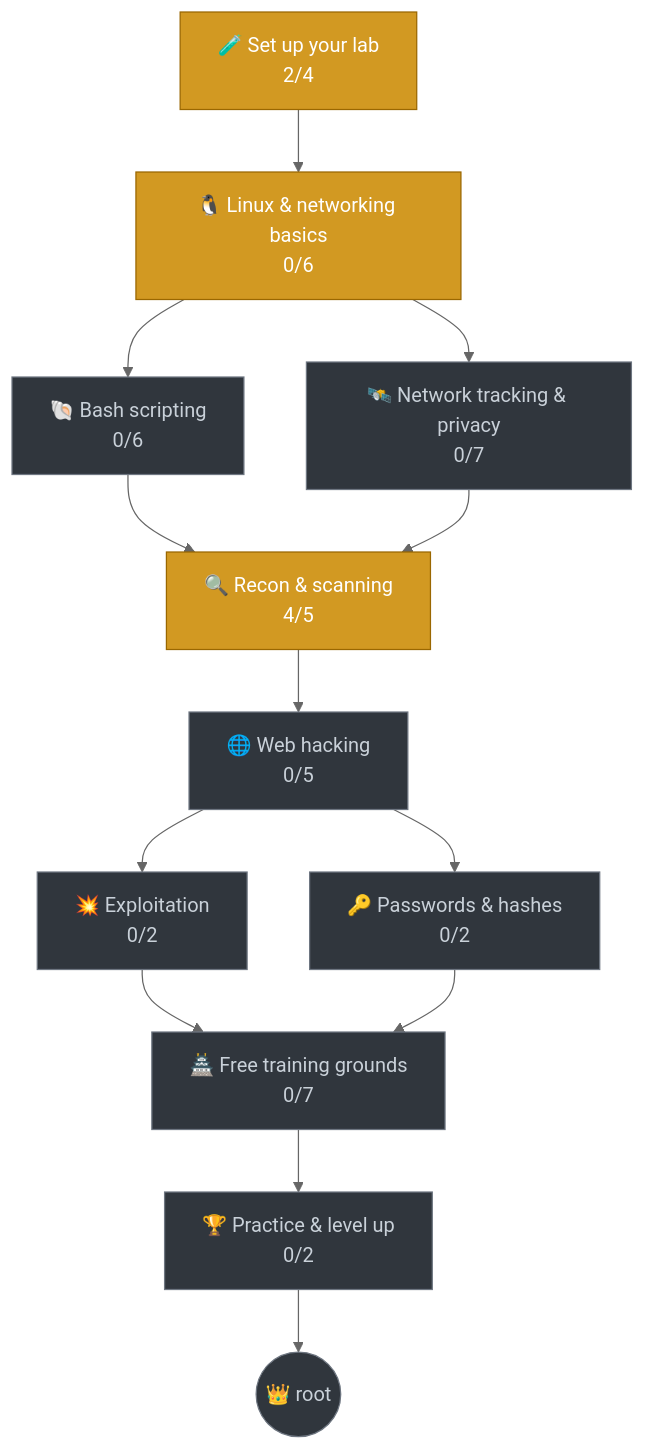
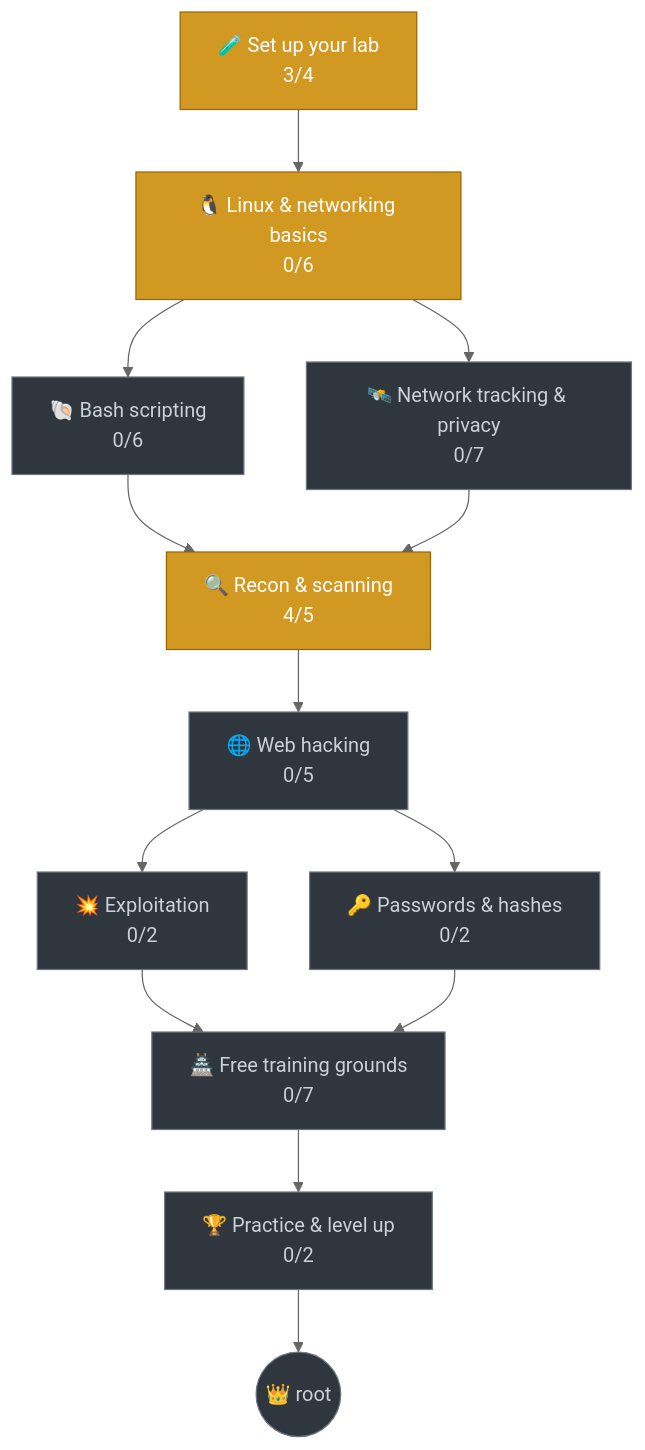
One commit to YeetQz/zero-to-root changed the diagram in README.md. Above: the diagram before and after it, drawn with Mermaid (neutral theme). The commit also changed other lines of this file and 1 other file, not shown here.

````diff
--- a/README.md
+++ b/README.md
@@ -92,29 +82,29 @@
 ```mermaid
 flowchart TD
-    lab["🧪 Set up your lab<br/>2/4"]:::active
+    lab["🧪 Set up your lab<br/>3/4"]:::active
     linux["🐧 Linux & networking basics<br/>0/6"]:::active
     bash["🐚 Bash scripting<br/>0/6"]:::locked
     track["🛰️ Network tracking & privacy<br/>0/7"]:::locked
     free["🏯 Free training grounds<br/>0/7"]:::locked
     recon["🔍 Recon & scanning<br/>4/5"]:::active
     web["🌐 Web hacking<br/>0/5"]:::locked
     exploit["💥 Exploitation<br/>0/2"]:::locked
     passwords["🔑 Passwords & hashes<br/>0/2"]:::locked
     practice["🏆 Practice & level up<br/>0/2"]:::locked
     lab --> linux
     linux --> bash
     linux --> track
     bash --> recon
     track --> recon
     recon --> web
     web --> exploit
     web --> passwords
     exploit --> free
     passwords --> free
     free --> practice
     root(("👑 root")):::locked
     practice --> root
     classDef done fill:#2ea043,stroke:#1a7f37,color:#ffffff
     classDef active fill:#d29922,stroke:#9a6700,color:#ffffff
     classDef locked fill:#30363d,stroke:#6e7681,color:#c9d1d9
 ```
````
